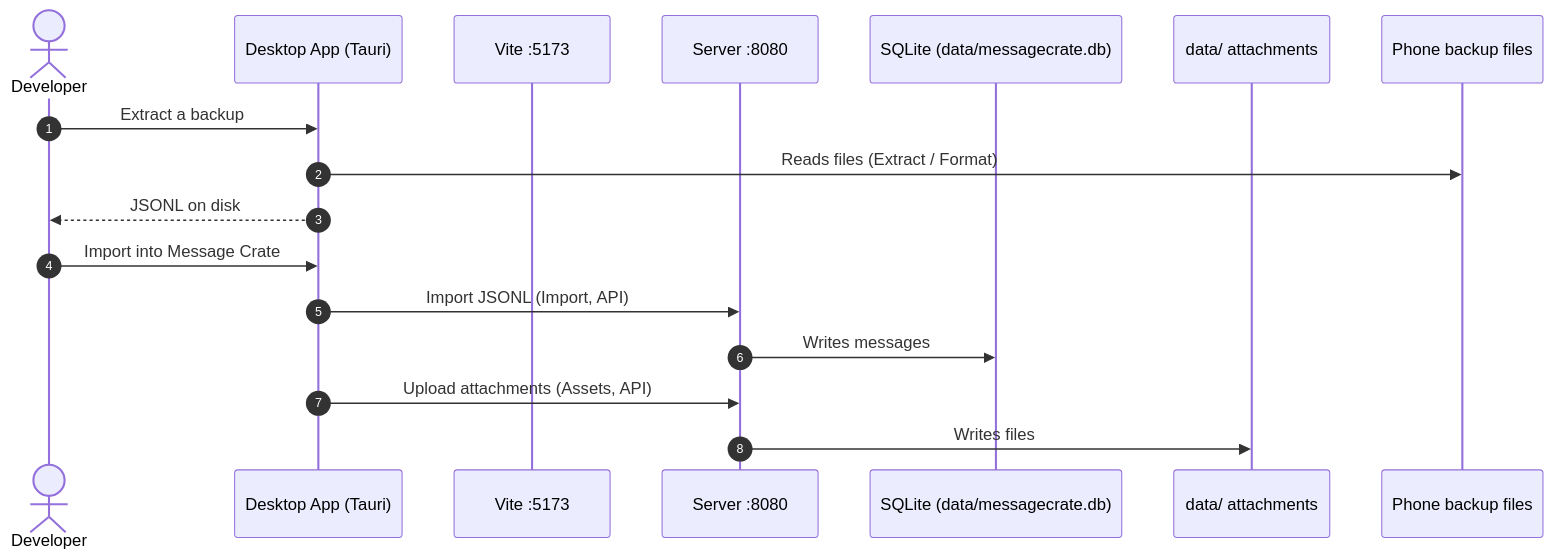
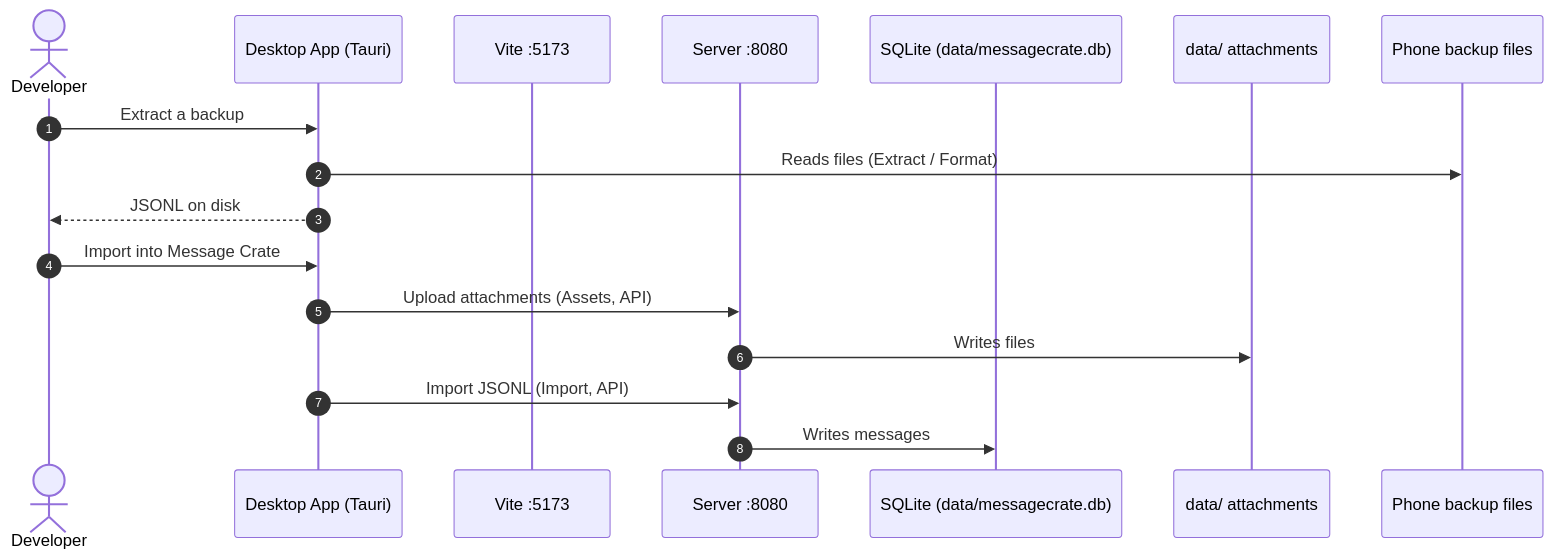
One commit to bitrealm-io/message-vault changed the third of 4 diagrams in docs/src/content/docs/docs/developer/design.md. Above: the diagram before and after it, drawn with Mermaid. The commit also changed other lines of this file and 33 other files, not shown here.

````diff
--- a/docs/src/content/docs/docs/developer/design.md
+++ b/docs/src/content/docs/docs/developer/design.md
@@ -152,22 +152,22 @@
 ```mermaid
 sequenceDiagram
     autonumber
     actor Dev as Developer
     participant Desktop as Desktop App (Tauri)
     participant Vite as Vite :5173
     participant Server as Server :8080
 
     participant DB as SQLite (data/messagecrate.db)
     participant Disk as data/ attachments
     participant Backups as Phone backup files
 
     Dev->>Desktop: Extract a backup
     Desktop->>Backups: Reads files (Extract / Format)
     Desktop-->>Dev: JSONL on disk
 
     Dev->>Desktop: Import into Message Crate
+    Desktop->>Server: Upload attachments (Assets, API)
+    Server->>Disk: Writes files
     Desktop->>Server: Import JSONL (Import, API)
     Server->>DB: Writes messages
-    Desktop->>Server: Upload attachments (Assets, API)
-    Server->>Disk: Writes files
 ```
````
